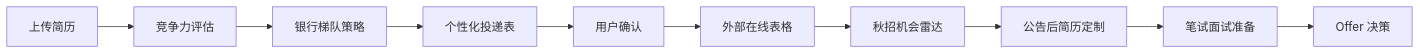
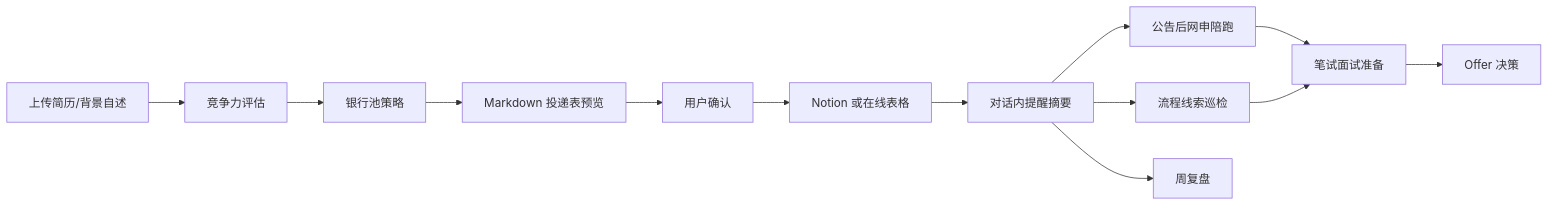
Before and after one commit to wljsxmmxmm/bank-autumn-recruitment-skill: the diagram in README.md, drawn with Mermaid. The commit also changed other lines of this file and 45 other files, not shown here.

````diff
--- a/README.md
+++ b/README.md
@@ -171,12 +403,15 @@
 ```mermaid
 flowchart LR
-    A["上传简历"] --> B["竞争力评估"]
-    B --> C["银行梯队策略"]
-    C --> D["个性化投递表"]
+    A["上传简历/背景自述"] --> B["竞争力评估"]
+    B --> C["银行池策略"]
+    C --> D["Markdown 投递表预览"]
     D --> E["用户确认"]
-    E --> F["外部在线表格"]
-    F --> G["秋招机会雷达"]
-    G --> H["公告后简历定制"]
-    H --> I["笔试面试准备"]
-    I --> J["Offer 决策"]
+    E --> F["Notion 或在线表格"]
+    F --> G["对话内提醒摘要"]
+    G --> H["公告后网申陪跑"]
+    G --> I["流程线索巡检"]
+    G --> J["周复盘"]
+    H --> K["笔试面试准备"]
+    I --> K
+    K --> L["Offer 决策"]
 ```
````
